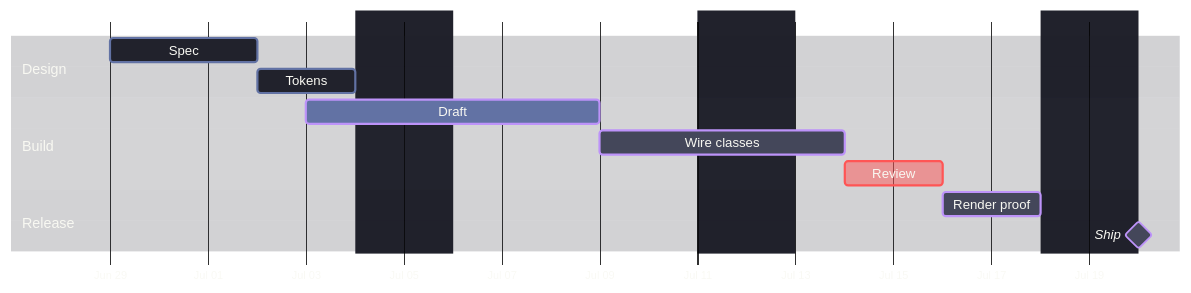
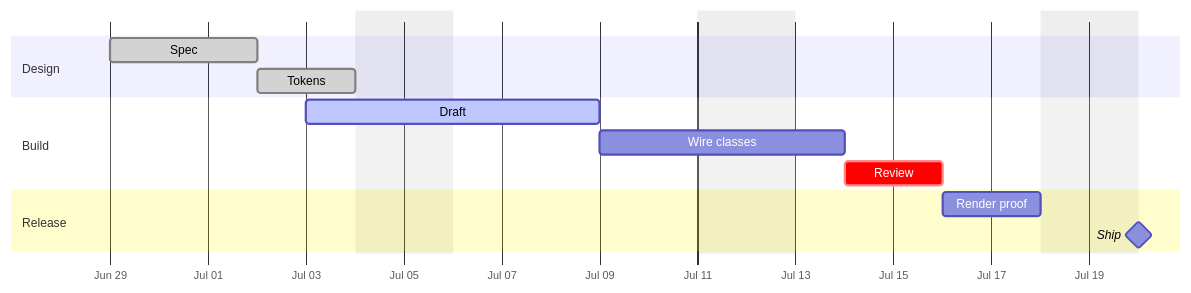
Before and after one commit to bsamiee/Rasm: the tenth of 25 diagrams in .claude/skills/mermaid-diagramming/references/syntax-extended.md, drawn with Mermaid. The commit also changed other lines of this file and 28 other files, not shown here.

Commit message:
skills(docgen+mermaid): payload-only diagram law — docgen gate/fixer strips fence styling; mermaid bundle sheds the styling canon, theming survives as one opt-in reference

````diff
--- a/.claude/skills/mermaid-diagramming/references/syntax-extended.md
+++ b/.claude/skills/mermaid-diagramming/references/syntax-extended.md
@@ -531,59 +303,28 @@
 ```mermaid
 ---
 config:
-  theme: base
-  look: classic
   gantt:
-    fontSize: 12
-    sectionFontSize: 13
     barHeight: 22
     barGap: 6
     topPadding: 60
     leftPadding: 90
-  themeVariables:
-    darkMode: true
-    fontFamily: "SF Mono, Menlo, Cascadia Mono, Segoe UI Mono, Consolas, monospace"
-    useGradient: false
-    dropShadow: "none"
-    textColor: "#F8F8F2"
-    titleColor: "#F8F8F2"
-    taskTextColor: "#F8F8F2"
-    taskTextOutsideColor: "#F8F8F2"
-    taskTextDarkColor: "#F8F8F2"
-    gridColor: "#6272A4"
-    excludeBkgColor: "#21222C"
-    sectionBkgColor: "#21222C"
-    sectionBkgColor2: "#21222C"
-    altSectionBkgColor: "#282A36"
-    taskBkgColor: "#44475A"
-    taskBorderColor: "#BD93F9"
-    activeTaskBkgColor: "#6272A4"
-    activeTaskBorderColor: "#BD93F9"
-    doneTaskBkgColor: "#21222C"
-    doneTaskBorderColor: "#6272A4"
-    critBkgColor: "#FF555580"
-    critBorderColor: "#FF5555"
-    todayLineColor: "#FF79C6"
-    vertLineColor: "#8BE9FD"
-  themeCSS: ".sectionTitle{font-size:13.5px;font-weight:700;fill:#D6BCFA}.taskText,.taskTextOutsideRight,.taskTextOutsideLeft{font-size:12px}.grid .tick text{font-size:11px}"
 ---
 gantt
   accTitle: Release schedule
   accDescr: Design, build, and release phases with an active draft, a critical review, and a tagged ship milestone.
   dateFormat YYYY-MM-DD
   axisFormat %b %d
   tickInterval 2day
   weekday monday
   excludes weekends
-  todayMarker stroke-width:2px,stroke:#FF79C6,opacity:0.55
   section Design
   Spec :done, s1, 2026-06-29, 3d
   Tokens :done, s2, after s1, 2d
   section Build
   Draft :active, b1, 2026-07-03, 4d
   Wire classes :b2, after b1, 3d
   Review :crit, b3, after b2, 2d
   section Release
   Render proof :r1, after b3, 2d
   Ship :milestone, m1, after r1, 0d
 ```
````
